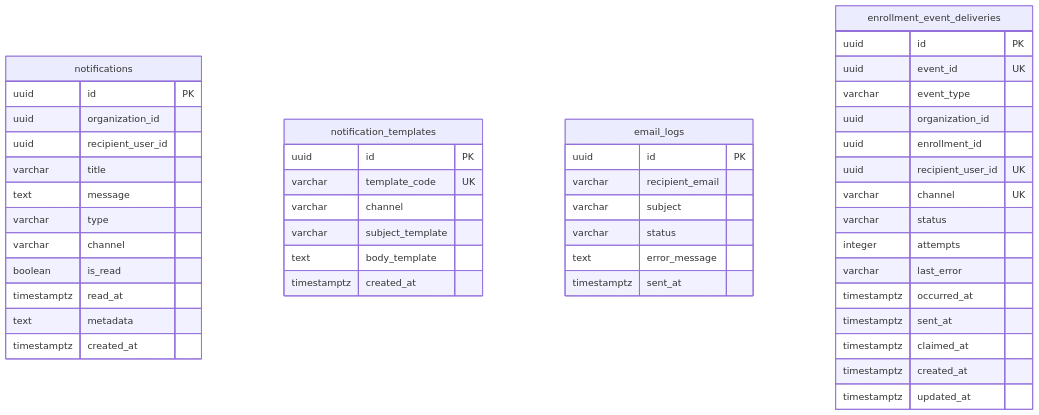
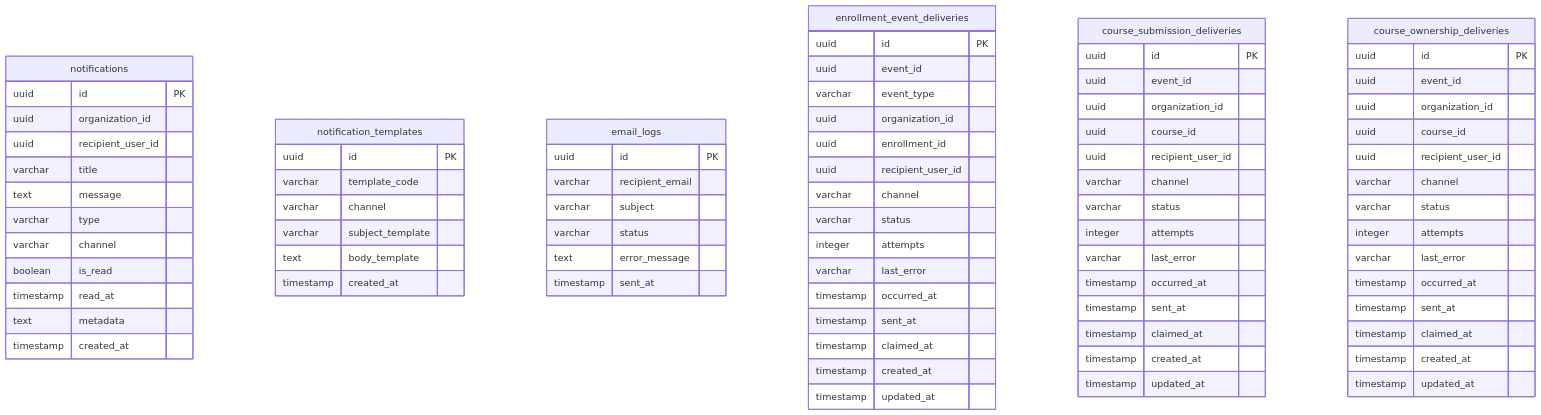
Before and after one commit to MinhKha28/LearnUp: the diagram in docs/database/notification-db.md, drawn with Mermaid. The commit also changed other lines of this file and 16 other files, not shown here.

````diff
--- a/docs/database/notification-db.md
+++ b/docs/database/notification-db.md
@@ -143,49 +152,81 @@
 ```mermaid
 erDiagram
     notifications {
         uuid id PK
         uuid organization_id
         uuid recipient_user_id
         varchar title
         text message
         varchar type
         varchar channel
         boolean is_read
-        timestamptz read_at
+        timestamp read_at
         text metadata
-        timestamptz created_at
+        timestamp created_at
     }
     notification_templates {
         uuid id PK
-        varchar template_code UK
+        varchar template_code
         varchar channel
         varchar subject_template
         text body_template
-        timestamptz created_at
+        timestamp created_at
     }
     email_logs {
         uuid id PK
         varchar recipient_email
         varchar subject
         varchar status
         text error_message
-        timestamptz sent_at
+        timestamp sent_at
     }
     enrollment_event_deliveries {
         uuid id PK
-        uuid event_id UK
+        uuid event_id
         varchar event_type
         uuid organization_id
         uuid enrollment_id
-        uuid recipient_user_id UK
-        varchar channel UK
+        uuid recipient_user_id
+        varchar channel
         varchar status
         integer attempts
         varchar last_error
-        timestamptz occurred_at
-        timestamptz sent_at
-        timestamptz claimed_at
-        timestamptz created_at
-        timestamptz updated_at
+        timestamp occurred_at
+        timestamp sent_at
+        timestamp claimed_at
+        timestamp created_at
+        timestamp updated_at
+    }
+    course_submission_deliveries {
+        uuid id PK
+        uuid event_id
+        uuid organization_id
+        uuid course_id
+        uuid recipient_user_id
+        varchar channel
+        varchar status
+        integer attempts
+        varchar last_error
+        timestamp occurred_at
+        timestamp sent_at
+        timestamp claimed_at
+        timestamp created_at
+        timestamp updated_at
+    }
+    course_ownership_deliveries {
+        uuid id PK
+        uuid event_id
+        uuid organization_id
+        uuid course_id
+        uuid recipient_user_id
+        varchar channel
+        varchar status
+        integer attempts
+        varchar last_error
+        timestamp occurred_at
+        timestamp sent_at
+        timestamp claimed_at
+        timestamp created_at
+        timestamp updated_at
     }
 ```
````
